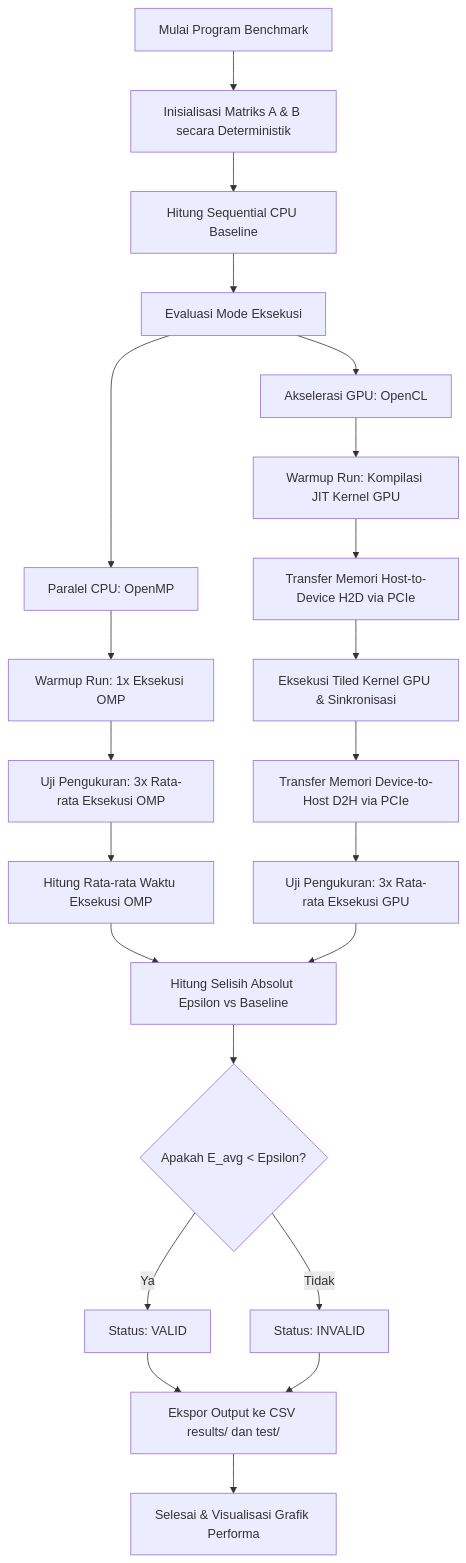
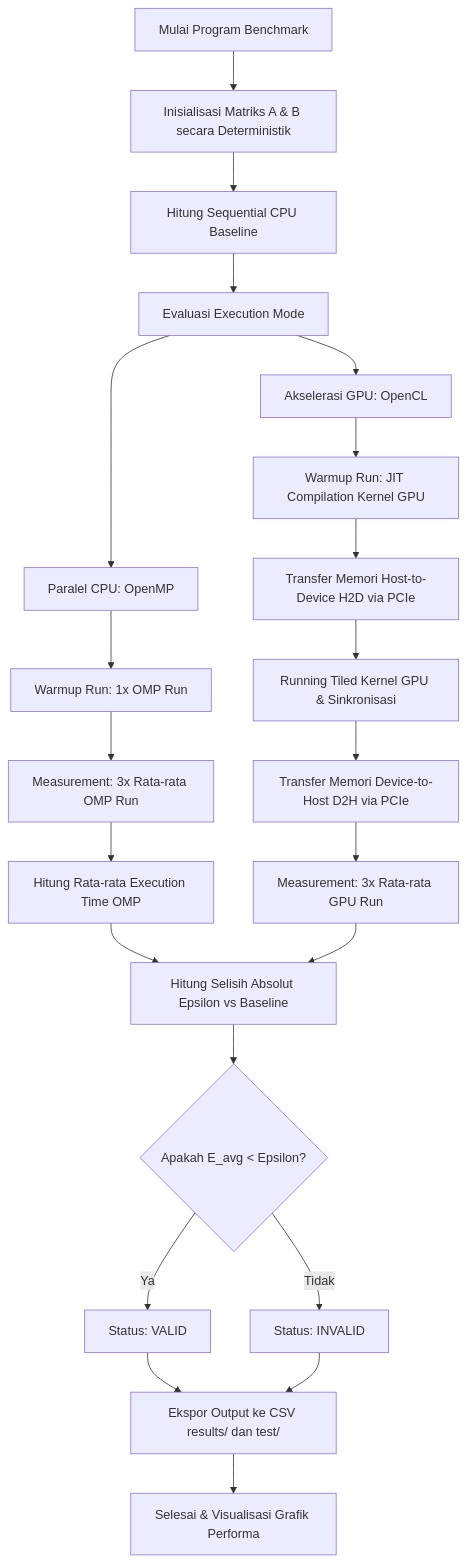
The diagram in docs/analysis.md (rapfii/heterogeneous-gemm-performance-analysis), drawn with Mermaid before and after one commit. The commit also changed other lines of this file and 11 other files, not shown here.

````diff
--- a/docs/analysis.md
+++ b/docs/analysis.md
@@ -73,28 +73,28 @@
 ```mermaid
 graph TD
     A[Mulai Program Benchmark] --> B[Inisialisasi Matriks A & B secara Deterministik]
     B --> C[Hitung Sequential CPU Baseline]
-    C --> D[Evaluasi Mode Eksekusi]
+    C --> D[Evaluasi Execution Mode]
     
     D --> E[Paralel CPU: OpenMP]
-    E --> F[Warmup Run: 1x Eksekusi OMP]
-    F --> G[Uji Pengukuran: 3x Rata-rata Eksekusi OMP]
-    G --> H[Hitung Rata-rata Waktu Eksekusi OMP]
+    E --> F[Warmup Run: 1x OMP Run]
+    F --> G[Measurement: 3x Rata-rata OMP Run]
+    G --> H[Hitung Rata-rata Execution Time OMP]
     H --> I[Hitung Selisih Absolut Epsilon vs Baseline]
     
     D --> J[Akselerasi GPU: OpenCL]
-    J --> K[Warmup Run: Kompilasi JIT Kernel GPU]
+    J --> K[Warmup Run: JIT Compilation Kernel GPU]
     K --> L[Transfer Memori Host-to-Device H2D via PCIe]
-    L --> M[Eksekusi Tiled Kernel GPU & Sinkronisasi]
+    L --> M[Running Tiled Kernel GPU & Sinkronisasi]
     M --> N[Transfer Memori Device-to-Host D2H via PCIe]
-    N --> O[Uji Pengukuran: 3x Rata-rata Eksekusi GPU]
+    N --> O[Measurement: 3x Rata-rata GPU Run]
     O --> I
     
     I --> P{Apakah E_avg < Epsilon?}
     P -- Ya --> Q[Status: VALID]
     P -- Tidak --> R[Status: INVALID]
     
     Q --> S[Ekspor Output ke CSV results/ dan test/]
     R --> S
     S --> T[Selesai & Visualisasi Grafik Performa]
 ```
````
